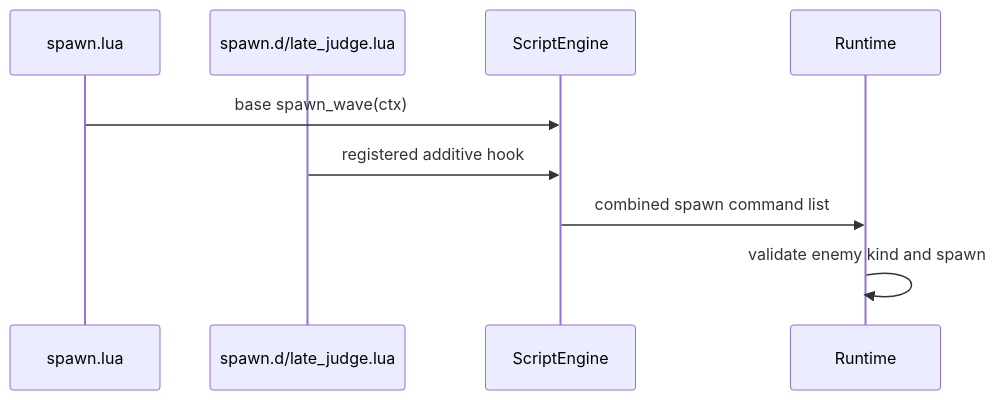
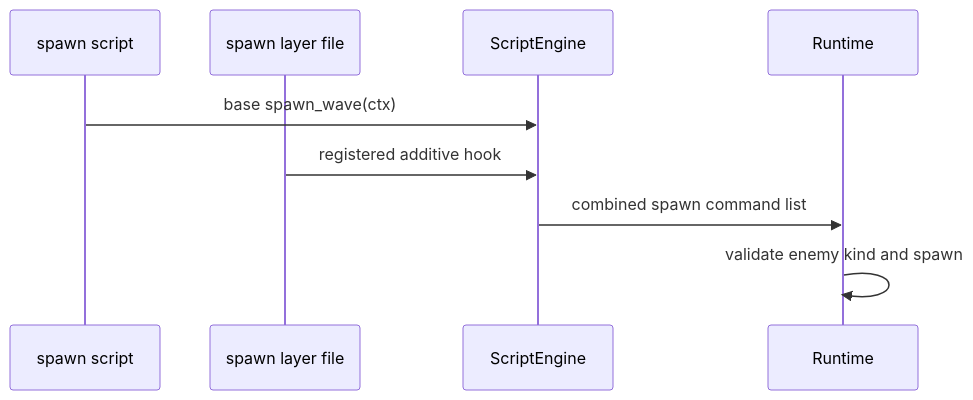
The second of 2 diagrams in src/content/docs/pages/guides/example-spawn-layer.md (soulwax/EchoWiki), drawn with Mermaid before and after one commit. The commit also changed 28 other files, not shown here.

Commit message:
docs: deepen architecture wiki and automate audits

````diff
--- a/src/content/docs/pages/guides/example-spawn-layer.md
+++ b/src/content/docs/pages/guides/example-spawn-layer.md
@@ -62,12 +62,12 @@
 ```mermaid
 sequenceDiagram
-    participant Base as spawn.lua
-    participant Layer as spawn.d/late_judge.lua
+    participant Base as spawn script
+    participant Layer as spawn layer file
     participant Lua as ScriptEngine
     participant Runtime as Runtime
 
     Base->>Lua: base spawn_wave(ctx)
     Layer->>Lua: registered additive hook
     Lua->>Runtime: combined spawn command list
     Runtime->>Runtime: validate enemy kind and spawn
 ```
````
